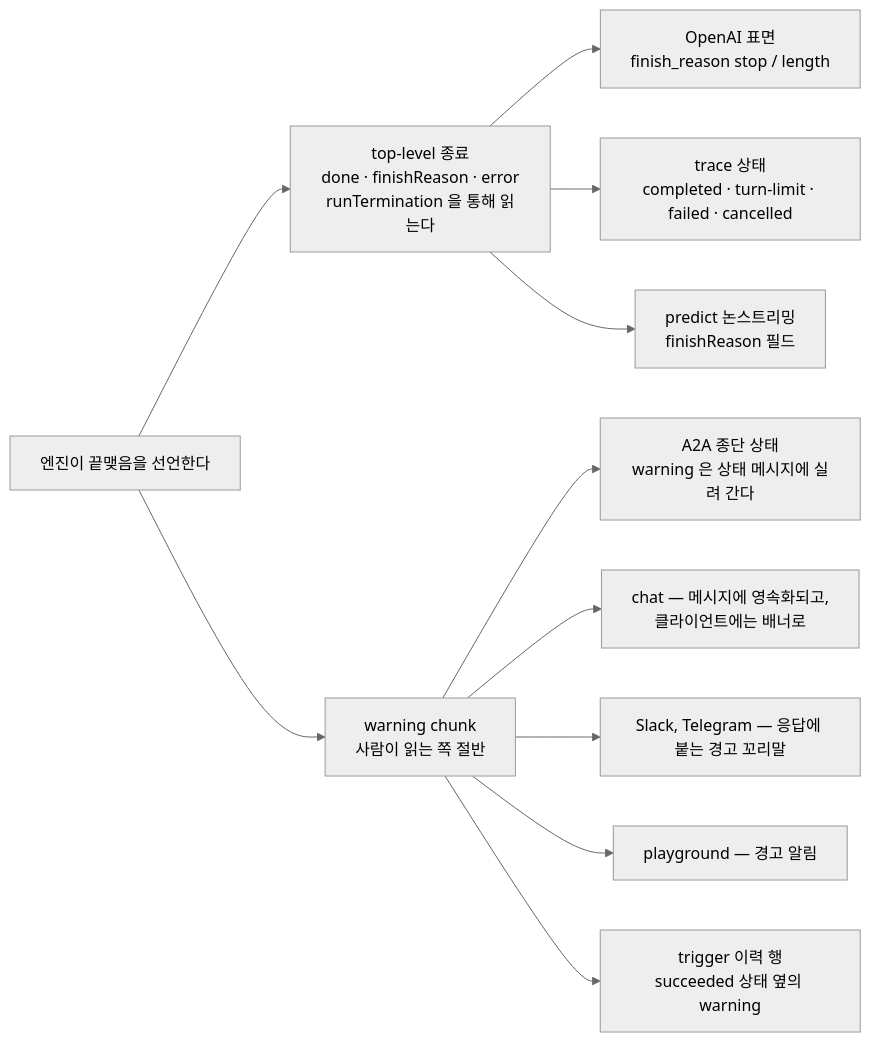
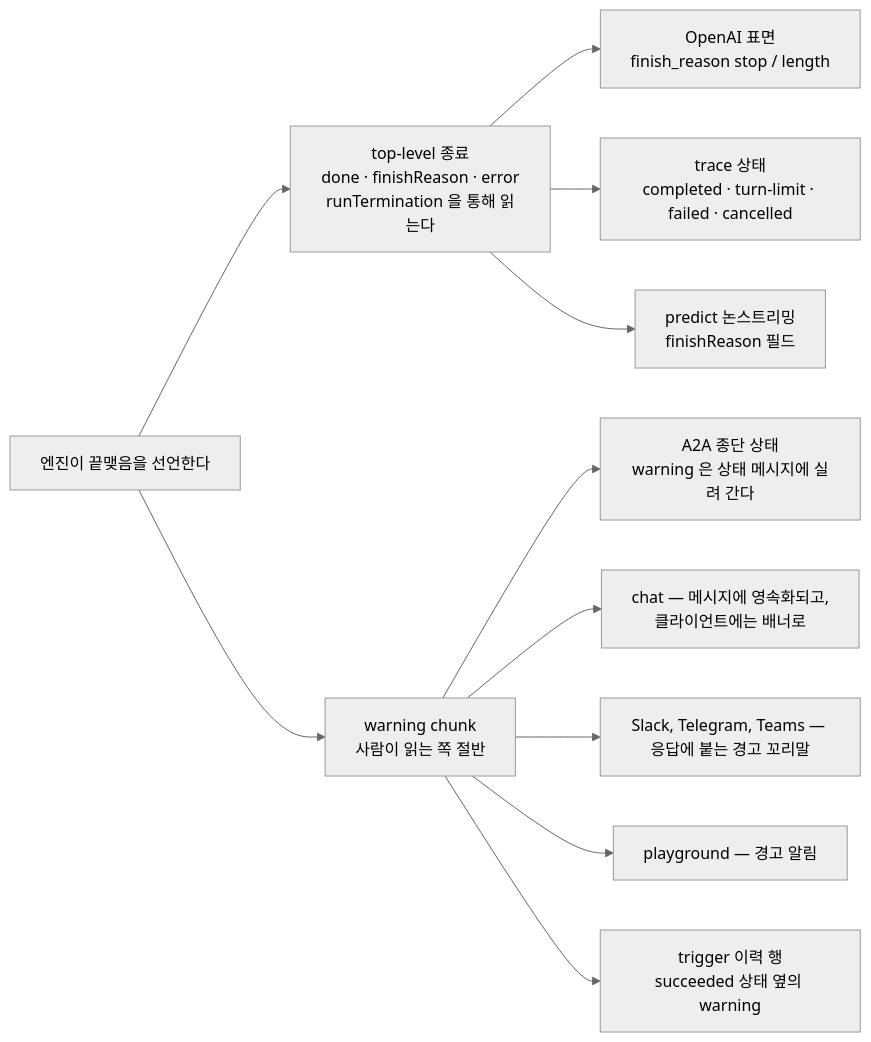
One commit to opspresso/agent-studio changed the fourth of 4 diagrams in docs/ARCHITECTURE.md. Above: the diagram before and after it, drawn with Mermaid (neutral theme). The commit also changed other lines of this file and 12 other files, not shown here.

````diff
--- a/docs/ARCHITECTURE.md
+++ b/docs/ARCHITECTURE.md
@@ -569,26 +576,26 @@
 ```mermaid
 flowchart LR
   engine["엔진이 끝맺음을 선언한다"]
   term["top-level 종료<br/>done · finishReason · error<br/>runTermination 을 통해 읽는다"]
   warning["warning chunk<br/>사람이 읽는 쪽 절반"]
 
   openai["OpenAI 표면<br/>finish_reason stop / length"]
   tracestatus["trace 상태<br/>completed · turn-limit · failed · cancelled"]
   a2aout["A2A 종단 상태<br/>warning 은 상태 메시지에 실려 간다"]
   predictout["predict 논스트리밍<br/>finishReason 필드"]
   chatui["chat — 메시지에 영속화되고,<br/>클라이언트에는 배너로"]
-  slackout["Slack, Telegram — 응답에 붙는 경고 꼬리말"]
+  slackout["Slack, Telegram, Teams — 응답에 붙는 경고 꼬리말"]
   console["playground — 경고 알림"]
   triggerrow["trigger 이력 행<br/>succeeded 상태 옆의 warning"]
 
   engine --> term
   engine --> warning
   term --> openai
   term --> tracestatus
   term --> predictout
   warning --> a2aout
   warning --> chatui
   warning --> slackout
   warning --> console
   warning --> triggerrow
 ```
````
